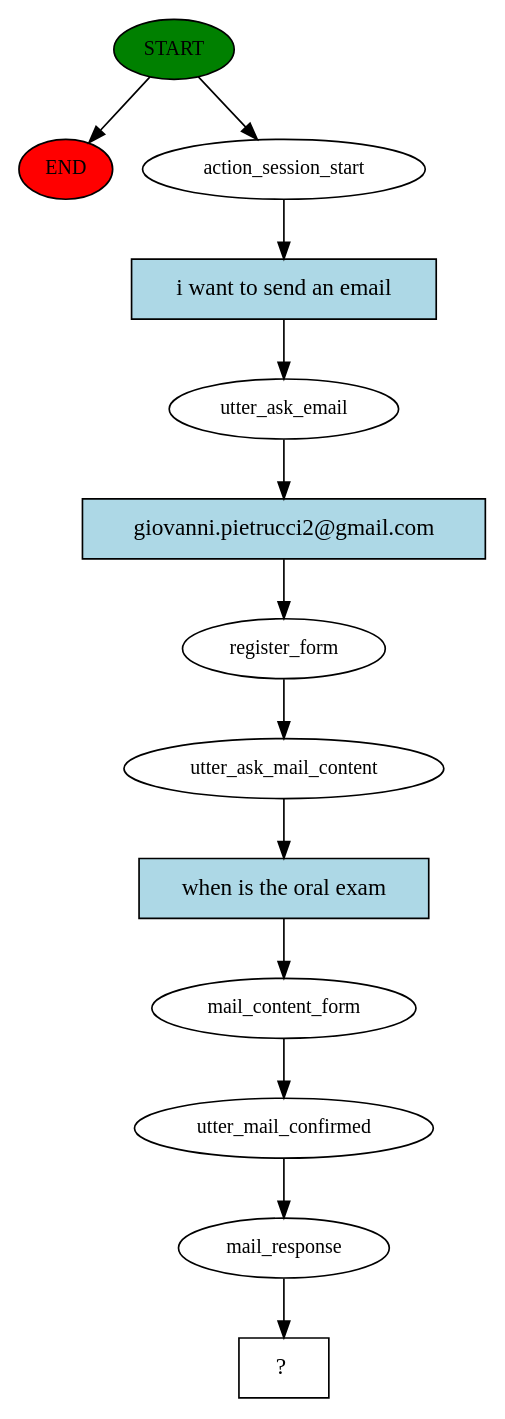
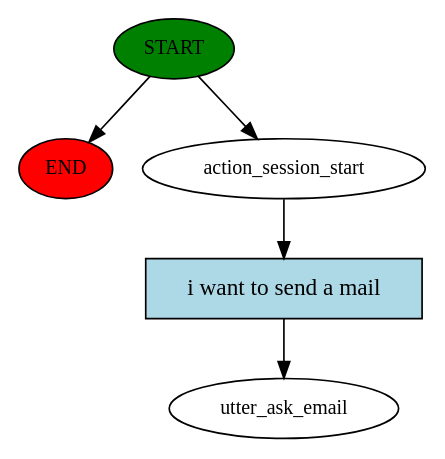
One commit to kode-git/NeMo changed the diagram in rasa/story_graph.dot. Above: the diagram before and after it, drawn with Graphviz. The commit also changed 10 other files, not shown here.

```diff
--- a/rasa/story_graph.dot
+++ b/rasa/story_graph.dot
@@ -1,27 +1,11 @@
 digraph  {
 0 [class="start active", fillcolor=green, fontsize=12, label=START, style=filled];
 "-1" [class=end, fillcolor=red, fontsize=12, label=END, style=filled];
 1 [class=active, fontsize=12, label=action_session_start];
-2 [class=active, fontsize=12, label=utter_ask_email];
-3 [class=active, fontsize=12, label=register_form];
-4 [class=active, fontsize=12, label=utter_ask_mail_content];
-5 [class=active, fontsize=12, label=mail_content_form];
-6 [class=active, fontsize=12, label=utter_mail_confirmed];
-7 [class=active, fontsize=12, label=mail_response];
-8 [class="intent dashed active", label="  ?  ", shape=rect];
-9 [class="intent active", fillcolor=lightblue, label="i want to send an email", shape=rect, style=filled];
-10 [class="intent active", fillcolor=lightblue, label="giovanni.pietrucci2@gmail.com", shape=rect, style=filled];
-11 [class="intent active", fillcolor=lightblue, label="when is the oral exam", shape=rect, style=filled];
+2 [class="dashed active", fontsize=12, label=utter_ask_email];
+3 [class="intent active", fillcolor=lightblue, label="i want to send a mail", shape=rect, style=filled];
 0 -> "-1"  [class="", key=NONE, label=""];
 0 -> 1  [class=active, key=NONE, label=""];
-1 -> 9  [class=active, key=0];
-2 -> 10  [class=active, key=0];
-3 -> 4  [class=active, key=NONE, label=""];
-4 -> 11  [class=active, key=0];
-5 -> 6  [class=active, key=NONE, label=""];
-6 -> 7  [class=active, key=NONE, label=""];
-7 -> 8  [class=active, key=NONE, label=""];
-9 -> 2  [class=active, key=0];
-10 -> 3  [class=active, key=0];
-11 -> 5  [class=active, key=0];
+1 -> 3  [class=active, key=0];
+3 -> 2  [class=active, key=0];
 }
```
